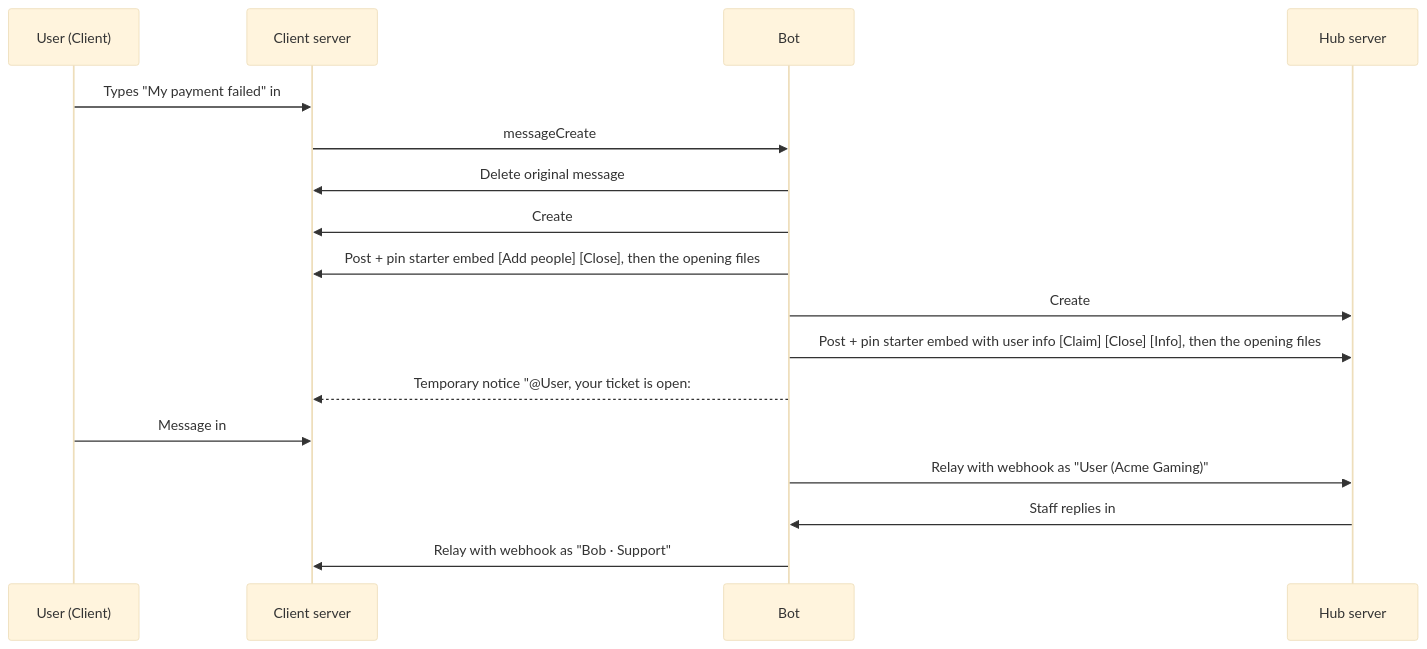
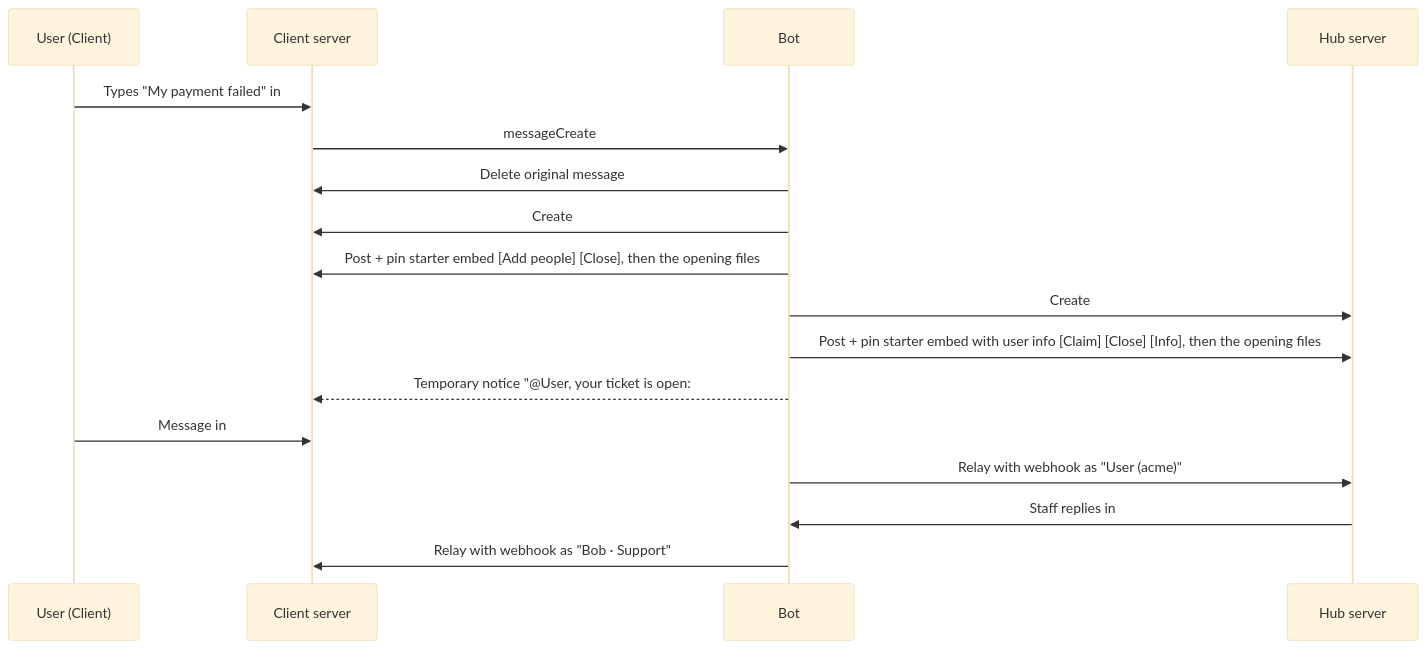
The diagram in docs/DESIGN.md (shin-senpai/stop-killing-tickets), drawn with Mermaid (base theme) before and after one commit. The commit also changed other lines of this file and 11 other files, not shown here.

````diff
--- a/docs/DESIGN.md
+++ b/docs/DESIGN.md
@@ -36,19 +36,19 @@
 ```mermaid
 sequenceDiagram
     participant U as User (Client)
     participant S as Client server
     participant B as Bot
     participant H as Hub server
     U->>S: Types "My payment failed" in #open-a-ticket
     S->>B: messageCreate
     B->>S: Delete original message
     B->>S: Create #ticket-0042-user (opener + client staff only)
     B->>S: Post + pin starter embed [Add people] [Close], then the opening files
     B->>H: Create #acme-0042 in the linked hub category of Acme
     B->>H: Post + pin starter embed with user info [Claim] [Close] [Info], then the opening files
     B-->>S: Temporary notice "@User, your ticket is open: #ticket-0042-user" (deleted after 10 s)
     U->>S: Message in #ticket-0042
-    B->>H: Relay with webhook as "User (Acme Gaming)"
+    B->>H: Relay with webhook as "User (acme)"
     H->>B: Staff replies in #acme-0042
     B->>S: Relay with webhook as "Bob · Support"
 ```
````
